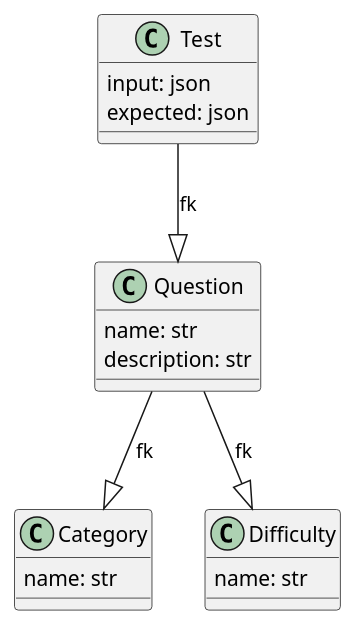
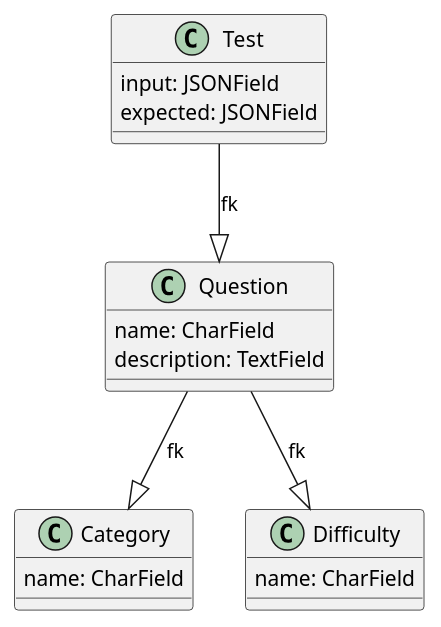
One commit to mance-rah/AlgoShell changed the diagram in TestRequestService/models.puml. Above: the diagram before and after it, drawn with PlantUML. The commit also changed 1 other file, not shown here.

```diff
--- a/TestRequestService/models.puml
+++ b/TestRequestService/models.puml
@@ -1,23 +1,23 @@
 @startuml
 class Question {
-    name: str
-    description: str
+    name: CharField
+    description: TextField
 }
 
 class Category {
-    name: str
+    name: CharField
 }
 
 class Difficulty {
-    name: str
+    name: CharField
 }
 
 class Test {
-    input: json
-    expected: json
+    input: JSONField
+    expected: JSONField
 }
 
 Test --|> Question: fk
 Question --|> Category: fk
 Question --|> Difficulty: fk
 @enduml
```
